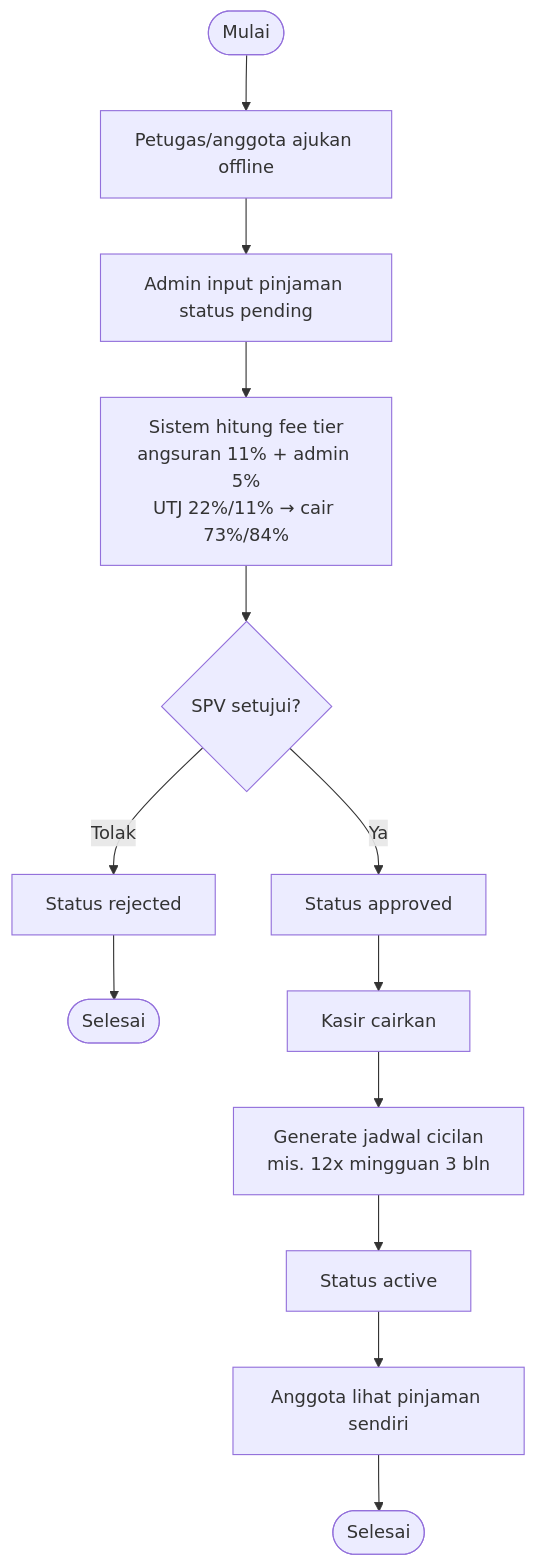
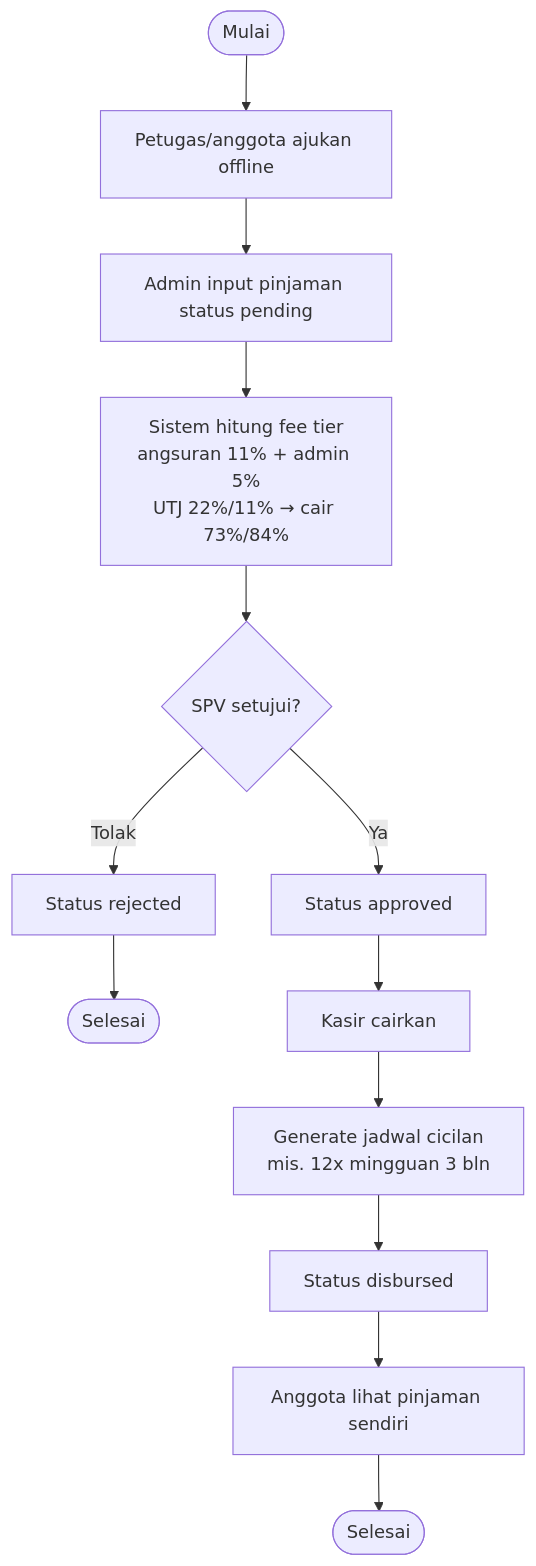
One commit to adrianakbar/karya_tantri_abadi changed the fifth of 10 diagrams in DIAGRAMS_MERMAID.md. Above: the diagram before and after it, drawn with Mermaid. The commit also changed other lines of this file and 71 other files, not shown here.

Commit message:
docs: revisi BAB 4 + dokumentasi UAT blackbox (siklus 1-2, bukti screenshot, diagram activity/sequence/ERD, runbook UAT)

````diff
--- a/DIAGRAMS_MERMAID.md
+++ b/DIAGRAMS_MERMAID.md
@@ -133,15 +133,15 @@
 ```mermaid
 flowchart TD
   Start([Mulai]) --> Offline[Petugas/anggota ajukan offline]
   Offline --> Admin[Admin input pinjaman status pending]
   Admin --> Fee[Sistem hitung fee tier<br/>angsuran 11% + admin 5%<br/>UTJ 22%/11% → cair 73%/84%]
   Fee --> SPV{SPV setujui?}
   SPV -- Tolak --> Reject[Status rejected]
   Reject --> End1([Selesai])
   SPV -- Ya --> OK[Status approved]
   OK --> Kasir[Kasir cairkan]
   Kasir --> Gen[Generate jadwal cicilan<br/>mis. 12x mingguan 3 bln]
-  Gen --> Aktif[Status active]
+  Gen --> Aktif[Status disbursed]
   Aktif --> Lihat[Anggota lihat pinjaman sendiri]
   Lihat --> End2([Selesai])
 ```
````
